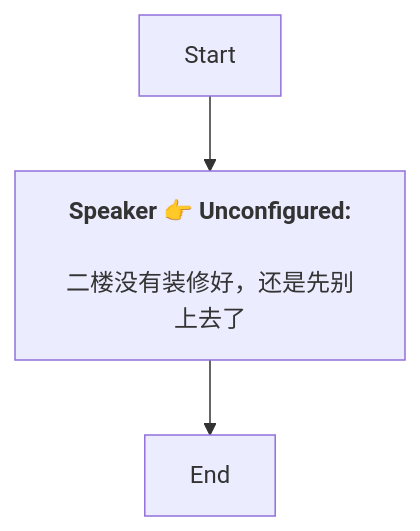
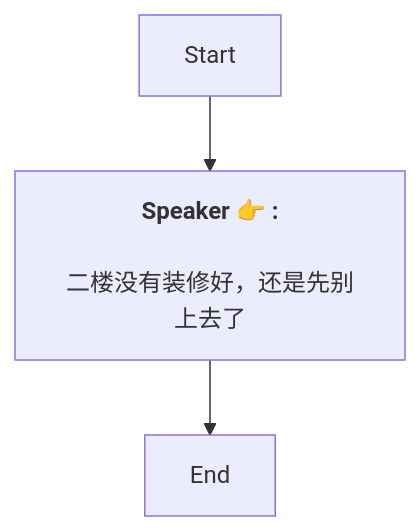
Before and after one commit to SoftHu/tos_avg: the diagram in Zh/Hotel.md, drawn with Mermaid. The commit also changed 737 other files, not shown here.

````diff
--- a/Zh/Hotel.md
+++ b/Zh/Hotel.md
@@ -1,8 +1,7 @@
 ```mermaid
 graph
-Start -->1730848105656411[<b>Speaker 👉 Unconfigured:</b>
-
-二楼没有装修好，还是先别上去了]
+Start -->1730848105656411[<b>Speaker 👉 :</b>
+\n二楼没有装修好，还是先别上去了]
 1730848105656411 -->1730848110480476[End]
 
- ```
+```
````
